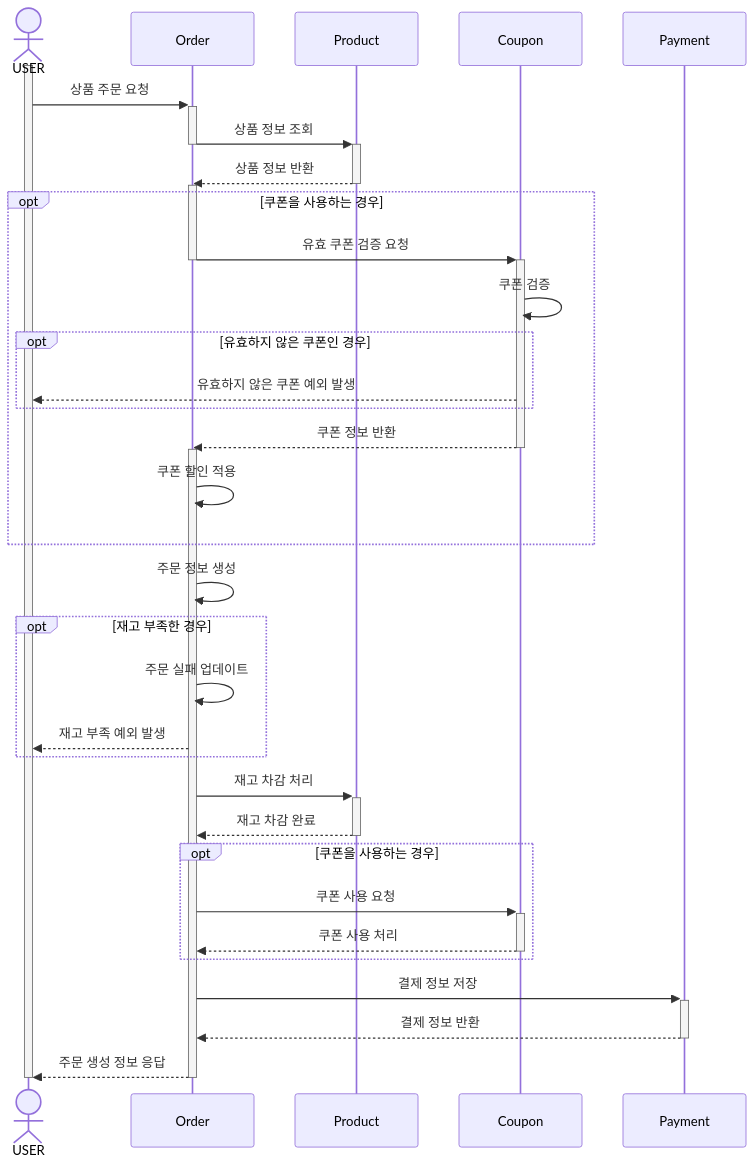
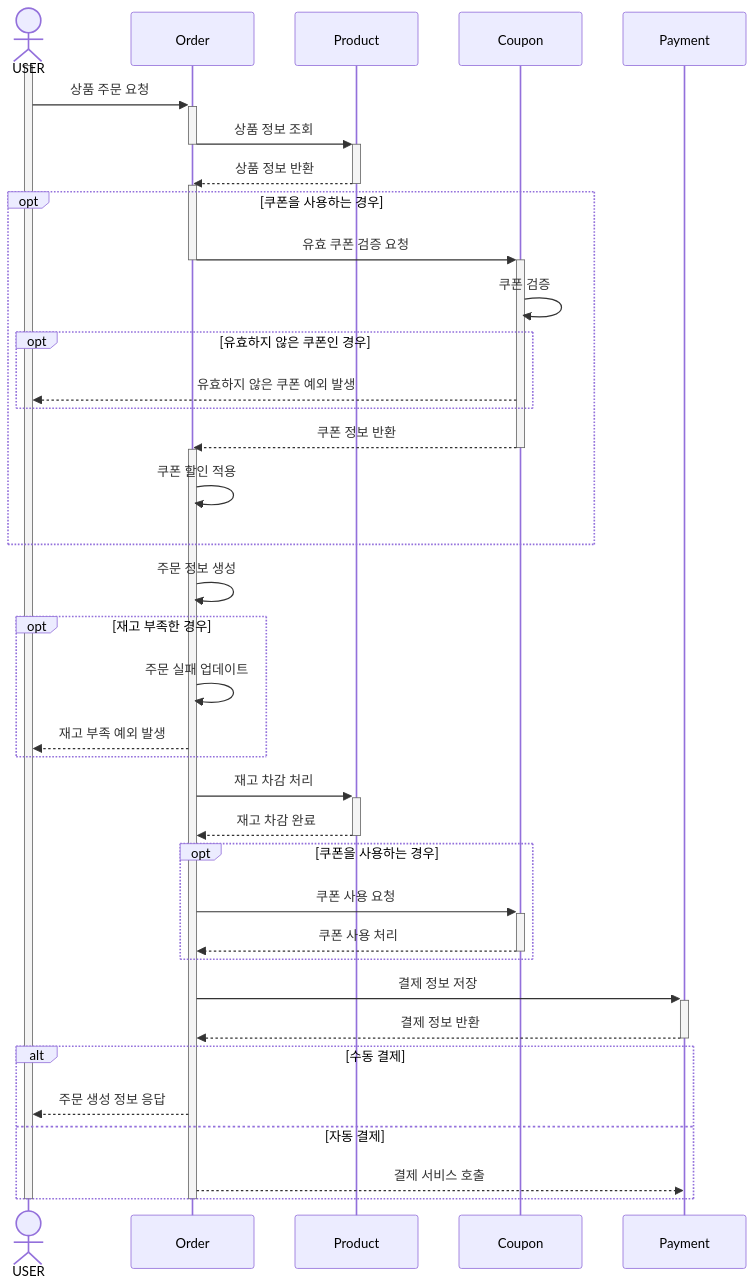
One commit to ch00kh/e-commerce-sercvice changed the fourth of 7 diagrams in docs/requirements-analysis/sequence-diagram.md. Above: the diagram before and after it, drawn with Mermaid. The commit also changed other lines of this file and 3 other files, not shown here.

````diff
--- a/docs/requirements-analysis/sequence-diagram.md
+++ b/docs/requirements-analysis/sequence-diagram.md
@@ -73,44 +73,49 @@
 ```mermaid
 sequenceDiagram
   actor USER
   participant Order
   participant Product
   participant Coupon
   participant Payment
 
   activate USER
   USER ->>+ Order: 상품 주문 요청
   Order ->>+ Product: 상품 정보 조회
   deactivate Order
   Product -->>- Order: 상품 정보 반환
   activate Order
   opt 쿠폰을 사용하는 경우
     Order ->>+ Coupon: 유효 쿠폰 검증 요청
     deactivate Order
     Coupon ->> Coupon: 쿠폰 검증
     opt 유효하지 않은 쿠폰인 경우
       Coupon -->> USER: 유효하지 않은 쿠폰 예외 발생
     end
     Coupon -->>- Order: 쿠폰 정보 반환
     activate Order
     Order ->> Order: 쿠폰 할인 적용
   end
   
   Order ->> Order: 주문 정보 생성
 
   opt 재고 부족한 경우
     Order ->> Order: 주문 실패 업데이트
     Order -->> USER: 재고 부족 예외 발생
   end
   Order ->>+ Product: 재고 차감 처리
   Product -->>- Order: 재고 차감 완료 
   opt 쿠폰을 사용하는 경우
     Order ->>+ Coupon: 쿠폰 사용 요청
     Coupon -->>- Order: 쿠폰 사용 처리
   end
   Order ->>+ Payment: 결제 정보 저장
   Payment -->>- Order: 결제 정보 반환
   
-  Order -->>- USER: 주문 생성 정보 응답
+  alt 수동 결제
+    Order -->> USER: 주문 생성 정보 응답
+  else 자동 결제
+    Order -->> Payment: 결제 서비스 호출
+  end
+  deactivate Order
   deactivate USER
 ```
````
